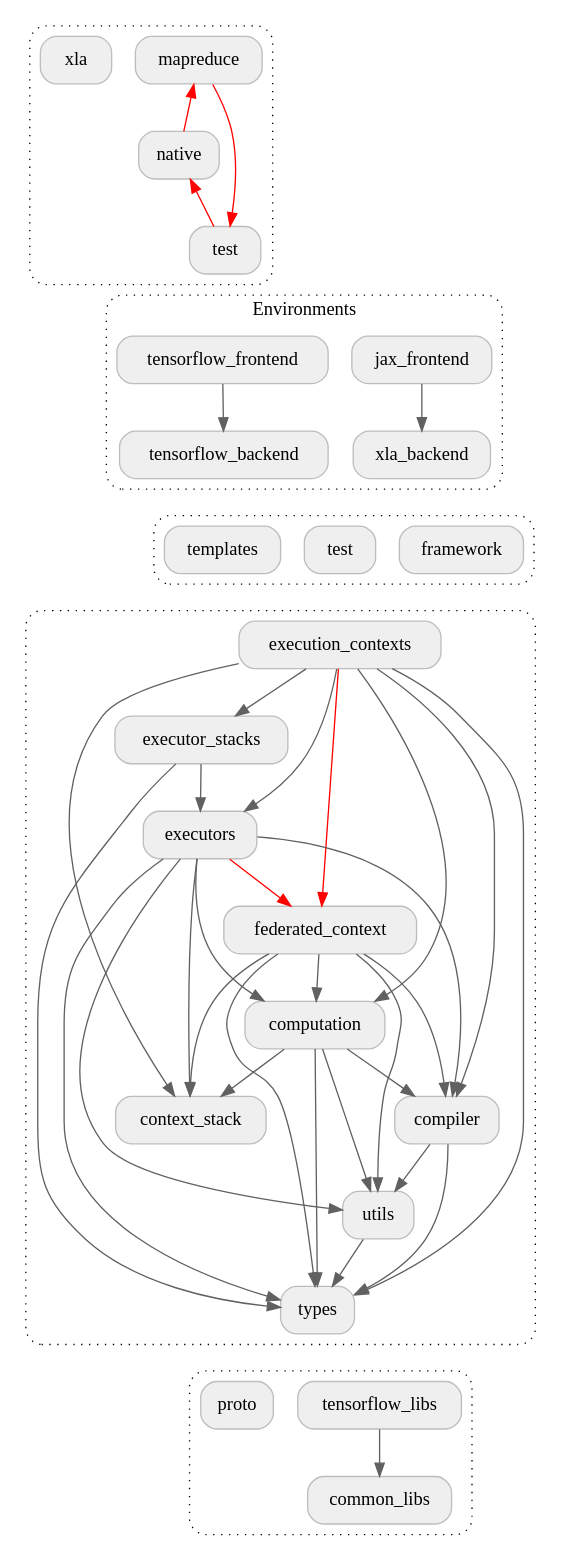
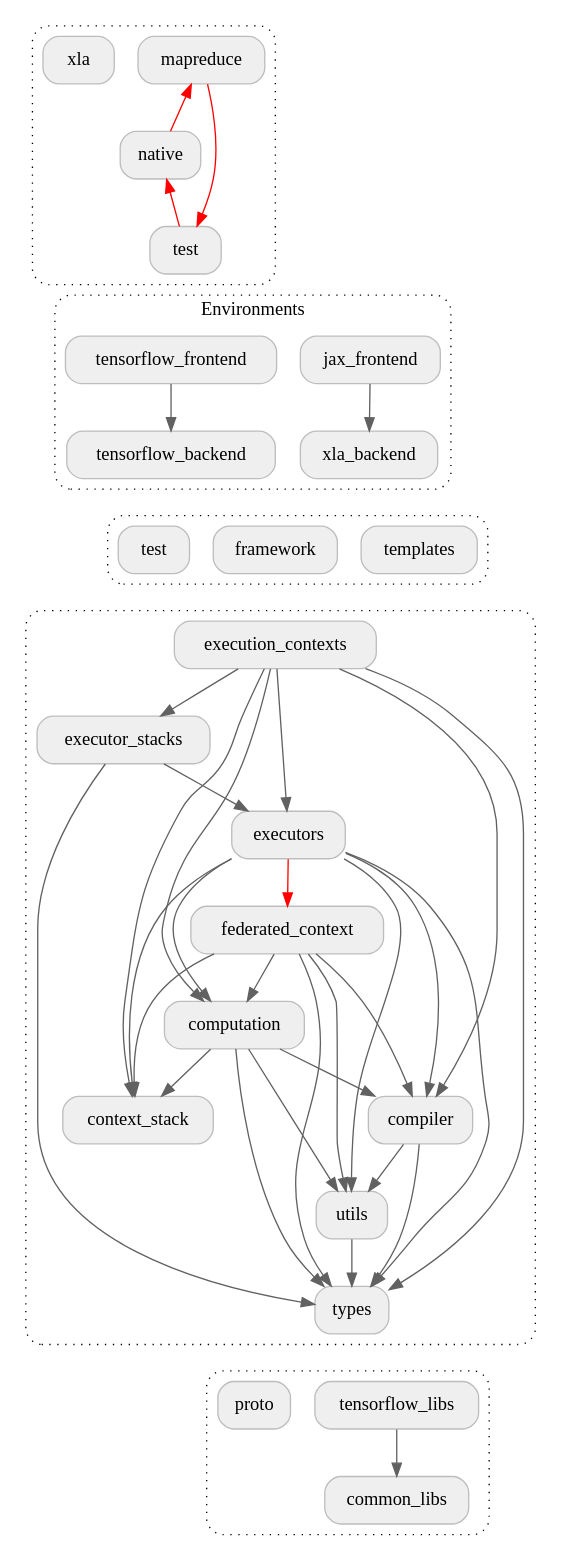
The diagram in docs/design/package_structure_core.dot (google-parfait/tensorflow-federated), drawn with Graphviz before and after one commit. The commit also changed 4 other files, not shown here.

Commit message:
Move integration tests to the `tests` package and remove `execution_context` -> `federated_context` dependency.

```diff
--- a/docs/design/package_structure_core.dot
+++ b/docs/design/package_structure_core.dot
@@ -1,100 +1,99 @@
 digraph {
   graph [style="dotted,rounded"]
   node [shape="box", style="rounded,filled", fillcolor="#efefef", color="#bdbdbd"]
   edge [color="#616161"]
 
   subgraph cluster_backends {
     graph [href="https://github.com/tensorflow/federated/blob/main/tensorflow_federated/python/core/backends" target="_parent"]
     mapreduce [href="https://github.com/tensorflow/federated/blob/main/tensorflow_federated/python/core/backends/mapreduce" target="_parent"]
     native [href="https://github.com/tensorflow/federated/blob/main/tensorflow_federated/python/core/backends/native" target="_parent"]
     backends_test [label="test", href="https://github.com/tensorflow/federated/blob/main/tensorflow_federated/python/core/backends/test" target="_parent"]
     xla [href="https://github.com/tensorflow/federated/blob/main/tensorflow_federated/python/core/backends/xla" target="_parent"]
   }
 
   // TODO: b/233800075 - Remove dependency from `native` to `mapreduce`.
   mapreduce -> native [dir=back, color="#ff0000"]
   // TODO: b/233800373 - Remove dependency from `test` to `native`.
   native -> backends_test [dir=back, color="#ff0000"]
   // TODO: b/233801300 - Remove dependency from `mapreduce` to `test`.
   mapreduce -> backends_test [color="#ff0000"]
   backends_test -> jax_frontend [arrowhead="none", style="invisible"]
   backends_test -> tensorflow_frontend [arrowhead="none", style="invisible"]
 
   subgraph cluster_environments {
     graph [label="Environments", href="https://github.com/tensorflow/federated/blob/main/tensorflow_federated/python/core/environments" target="_parent"]
     jax_frontend [href="https://github.com/tensorflow/federated/blob/main/tensorflow_federated/python/core/environments/jax_frontend" target="_parent"]
     xla_backend [href="https://github.com/tensorflow/federated/blob/main/tensorflow_federated/python/core/environments/xla_backend" target="_parent"]
     tensorflow_frontend [href="https://github.com/tensorflow/federated/blob/main/tensorflow_federated/python/core/environments/tensorflow_frontend" target="_parent"]
     tensorflow_backend [href="https://github.com/tensorflow/federated/blob/main/tensorflow_federated/python/core/environments/tensorflow_backend" target="_parent"]
   }
 
   jax_frontend -> xla_backend
   xla_backend -> framework [arrowhead="none", style="invisible"]
   xla_backend -> test [arrowhead="none", style="invisible"]
   xla_backend -> templates [arrowhead="none", style="invisible"]
   tensorflow_frontend -> tensorflow_backend
   tensorflow_backend -> framework [arrowhead="none", style="invisible"]
   tensorflow_backend -> test [arrowhead="none", style="invisible"]
   tensorflow_backend -> templates [arrowhead="none", style="invisible"]
 
   subgraph cluster_core_1 {
     framework [href="https://github.com/tensorflow/federated/blob/main/tensorflow_federated/python/core/framework" target="_parent"]
     test [href="https://github.com/tensorflow/federated/blob/main/tensorflow_federated/python/core/test" target="_parent"]
     templates [href="https://github.com/tensorflow/federated/blob/main/tensorflow_federated/python/core/templates" target="_parent"]
   }
 
   framework -> execution_contexts [arrowhead="none", style="invisible"]
   test -> execution_contexts [arrowhead="none", style="invisible"]
   templates -> execution_contexts [arrowhead="none", style="invisible"]
 
   subgraph cluster_core_2 {
     graph [href="https://github.com/tensorflow/federated/blob/main/tensorflow_federated/python/core/impl" target="_parent"]
     execution_contexts [href="https://github.com/tensorflow/federated/blob/main/tensorflow_federated/python/core/impl/execution_contexts" target="_parent"]
     executor_stacks [href="https://github.com/tensorflow/federated/blob/main/tensorflow_federated/python/core/impl/executor_stacks" target="_parent"]
     executors [href="https://github.com/tensorflow/federated/blob/main/tensorflow_federated/python/core/impl/executors" target="_parent"]
     federated_context [href="https://github.com/tensorflow/federated/blob/main/tensorflow_federated/python/core/impl/federated_context" target="_parent"]
     computation [href="https://github.com/tensorflow/federated/blob/main/tensorflow_federated/python/core/impl/computation" target="_parent"]
     compiler [href="https://github.com/tensorflow/federated/blob/main/tensorflow_federated/python/core/impl/compiler" target="_parent"]
     utils [href="https://github.com/tensorflow/federated/blob/main/tensorflow_federated/python/core/impl/utils" target="_parent"]
     types [href="https://github.com/tensorflow/federated/blob/main/tensorflow_federated/python/core/impl/types" target="_parent"]
     context_stack [href="https://github.com/tensorflow/federated/blob/main/tensorflow_federated/python/core/impl/context_stack" target="_parent"]
   }
 
   execution_contexts -> executor_stacks
   execution_contexts -> executors
-  execution_contexts -> federated_context [color="#ff0000"]
   execution_contexts -> computation
   execution_contexts -> compiler
   execution_contexts -> types
   execution_contexts -> context_stack
   executor_stacks -> executors
   executor_stacks -> types
   executors -> federated_context [color="#ff0000"]
   executors -> computation
   executors -> compiler
   executors -> utils
   executors -> types
   executors -> context_stack
   federated_context -> computation
   federated_context -> compiler
   federated_context -> utils
   federated_context -> types
   federated_context -> context_stack
   computation -> compiler
   computation -> utils
   computation -> types
   computation -> context_stack
   compiler -> utils
   compiler -> types
   utils -> types
   types -> tensorflow_libs [arrowhead="none", style="invisible"]
   types -> proto [arrowhead="none", style="invisible"]
 
   subgraph cluster_core_3 {
     tensorflow_libs [href="https://github.com/tensorflow/federated/blob/main/tensorflow_federated/python/tensorflow_libs" target="_parent"]
     common_libs [href="https://github.com/tensorflow/federated/blob/main/tensorflow_federated/python/common_libs" target="_parent"]
     proto [href="https://github.com/tensorflow/federated/blob/main/tensorflow_federated/proto" target="_parent"]
   }
 
   tensorflow_libs -> common_libs
 }
```
